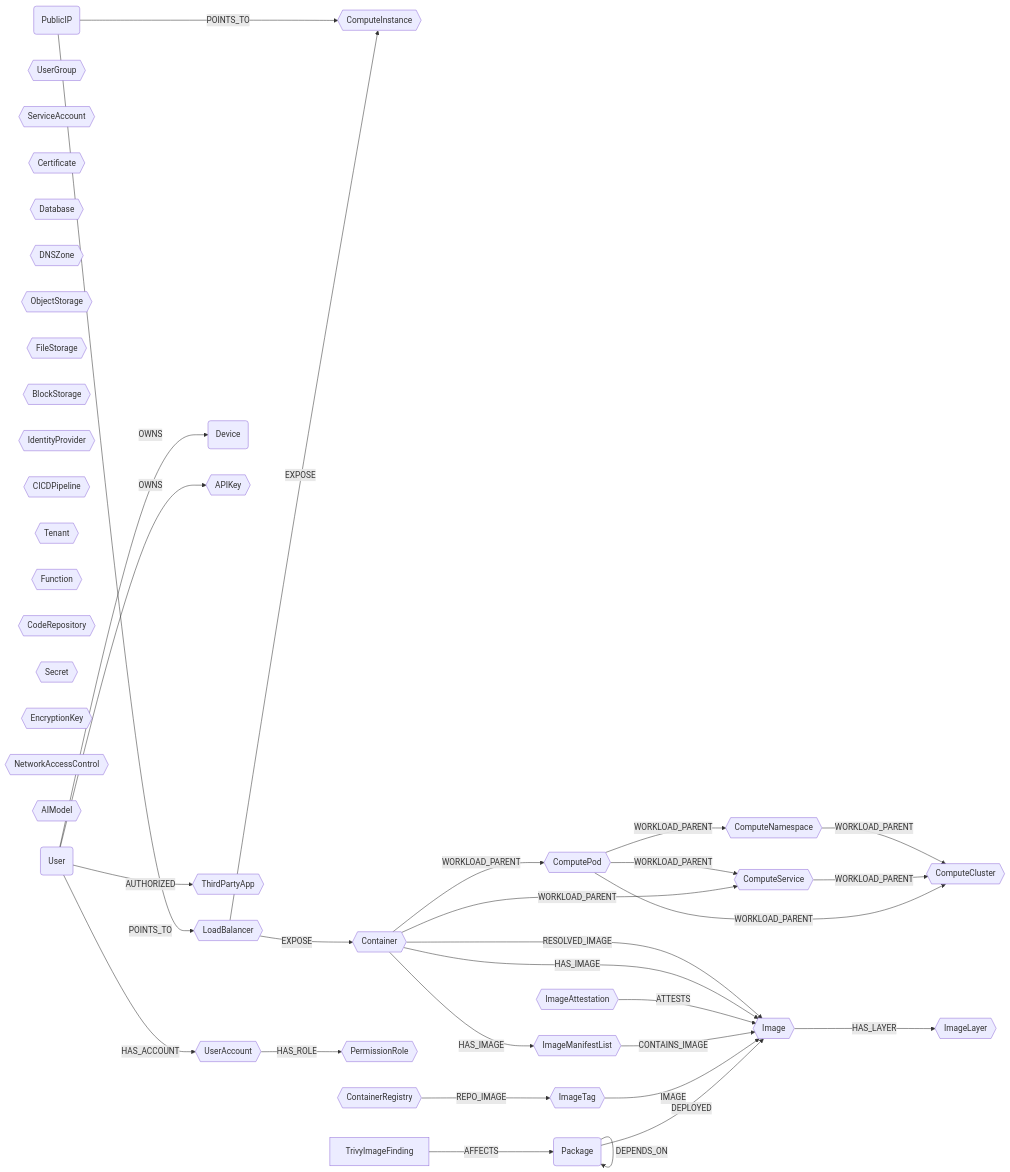
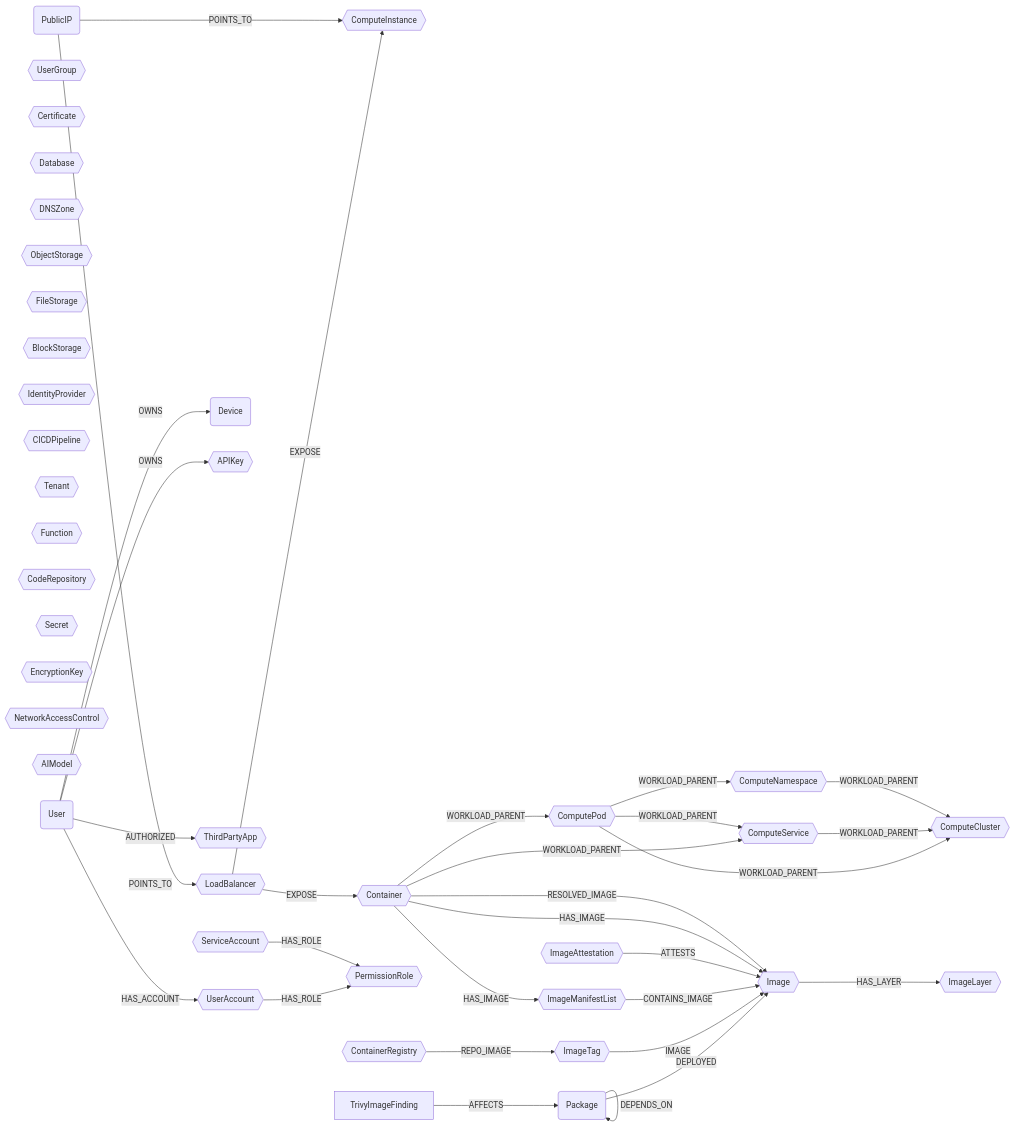
One commit to cartography-cncf/cartography changed the diagram in docs/root/modules/ontology/schema.md. Above: the diagram before and after it, drawn with Mermaid. The commit also changed other lines of this file and 1 other file, not shown here.

First line of the commit message:
feat(ontology): add canonical ServiceAccount-[HAS_ROLE]->PermissionRole constraint

````diff
--- a/docs/root/modules/ontology/schema.md
+++ b/docs/root/modules/ontology/schema.md
@@ -6,53 +6,54 @@
 ```mermaid
 graph LR
 
 U(User) -- HAS_ACCOUNT --> UA{{UserAccount}}
 U -- OWNS --> CC(Device)
 U -- OWNS --> AK{{APIKey}}
 U -- AUTHORIZED --> OA{{ThirdPartyApp}}
 UG{{UserGroup}}
 SA{{ServiceAccount}}
 CERT{{Certificate}}
 LB{{LoadBalancer}} -- EXPOSE --> CI{{ComputeInstance}}
 LB{{LoadBalancer}} -- EXPOSE --> CT{{Container}}
 CL{{ComputeCluster}}
 CS{{ComputeService}}
 CNS{{ComputeNamespace}}
 CP{{ComputePod}}
 CT -- WORKLOAD_PARENT --> CP
 CT -- WORKLOAD_PARENT --> CS
 CP -- WORKLOAD_PARENT --> CS
 CP -- WORKLOAD_PARENT --> CNS
 CP -- WORKLOAD_PARENT --> CL
 CS -- WORKLOAD_PARENT --> CL
 CNS -- WORKLOAD_PARENT --> CL
 DB{{Database}}
 DZ{{DNSZone}}
 OS{{ObjectStorage}}
 FS{{FileStorage}}
 BS{{BlockStorage}}
 IDP{{IdentityProvider}}
 CICD{{CICDPipeline}}
 TN{{Tenant}}
 FN{{Function}}
 REPO{{CodeRepository}}
 SC{{Secret}}
 EK{{EncryptionKey}}
 PR{{PermissionRole}}
 UA -- HAS_ROLE --> PR
+SA -- HAS_ROLE --> PR
 NAC{{NetworkAccessControl}}
 AIM{{AIModel}}
 PIP(PublicIP) -- POINTS_TO --> LB
 PIP -- POINTS_TO --> CI
 PKG(Package) -- DEPLOYED --> IM{{Image}}
 PKG -- DEPENDS_ON --> PKG
 F[TrivyImageFinding] -- AFFECTS --> PKG
 CR{{ContainerRegistry}} -- REPO_IMAGE --> IT{{ImageTag}}
 IT -- IMAGE --> IM
 IML{{ImageManifestList}} -- CONTAINS_IMAGE --> IM
 IA{{ImageAttestation}} -- ATTESTS --> IM
 IM -- HAS_LAYER --> IL{{ImageLayer}}
 CT -- HAS_IMAGE --> IM
 CT -- HAS_IMAGE --> IML
 CT -- RESOLVED_IMAGE --> IM
 ```
````
